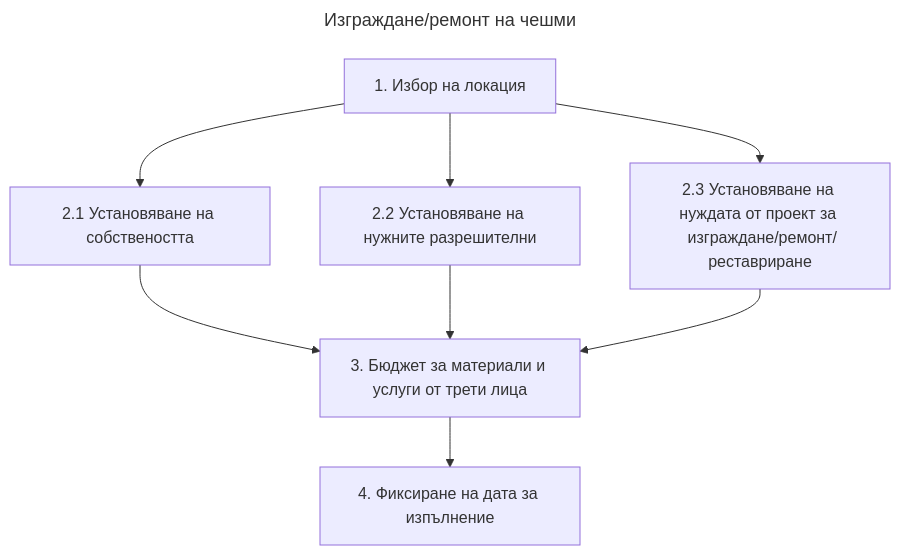
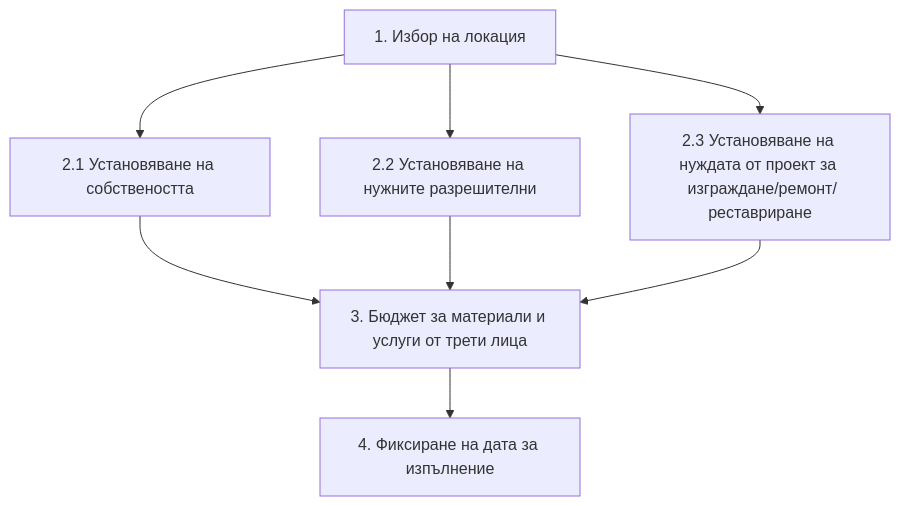
Before and after one commit to TodorKarparov/Rotaract: the diagram in projects/projects.md, drawn with Mermaid. The commit also changed other lines of this file, not shown here.

Commit message:
add heading

````diff
--- a/projects/projects.md
+++ b/projects/projects.md
@@ -3,8 +5,6 @@
 ```mermaid
----
-title: Изграждане/ремонт на чешми
----
+
 flowchart TD
     A[1. Избор на локация] --> B[2.1 Установяване на собствеността] & C[2.2 Установяване на нужните разрешителни] & D["2.3 Установяване на нуждата от проект за \n изграждане/ремонт/реставриране"] --> E[3. Бюджет за материали и услуги от трети лица] --> F[4. Фиксиране на дата за изпълнение]
 
 ```
````
